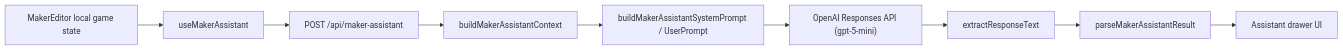
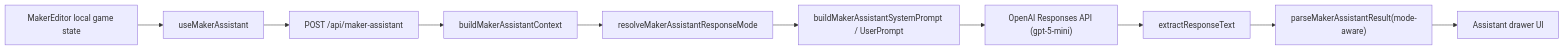
One commit to youuuchul/Murder-Mystery-Generator changed the first of 2 diagrams in src/lib/ai/README.md. Above: the diagram before and after it, drawn with Mermaid. The commit also changed other lines of this file and 11 other files, not shown here.

Commit message:
separate maker assistant guide and draft modes

````diff
--- a/src/lib/ai/README.md
+++ b/src/lib/ai/README.md
@@ -16,11 +16,12 @@
 ```mermaid
 flowchart LR
   A["MakerEditor local game state"] --> B["useMakerAssistant"]
   B --> C["POST /api/maker-assistant"]
   C --> D["buildMakerAssistantContext"]
-  D --> E["buildMakerAssistantSystemPrompt / UserPrompt"]
-  E --> F["OpenAI Responses API (gpt-5-mini)"]
-  F --> G["extractResponseText"]
-  G --> H["parseMakerAssistantResult"]
-  H --> I["Assistant drawer UI"]
+  D --> E["resolveMakerAssistantResponseMode"]
+  E --> F["buildMakerAssistantSystemPrompt / UserPrompt"]
+  F --> G["OpenAI Responses API (gpt-5-mini)"]
+  G --> H["extractResponseText"]
+  H --> I["parseMakerAssistantResult(mode-aware)"]
+  I --> J["Assistant drawer UI"]
 ```
````
